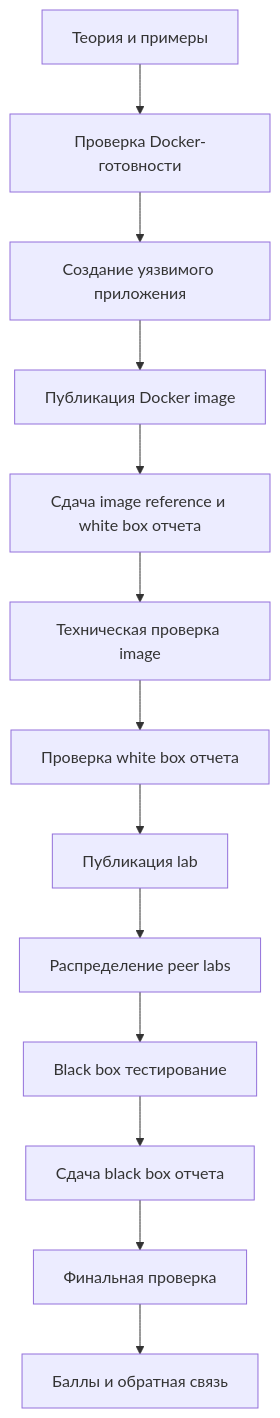
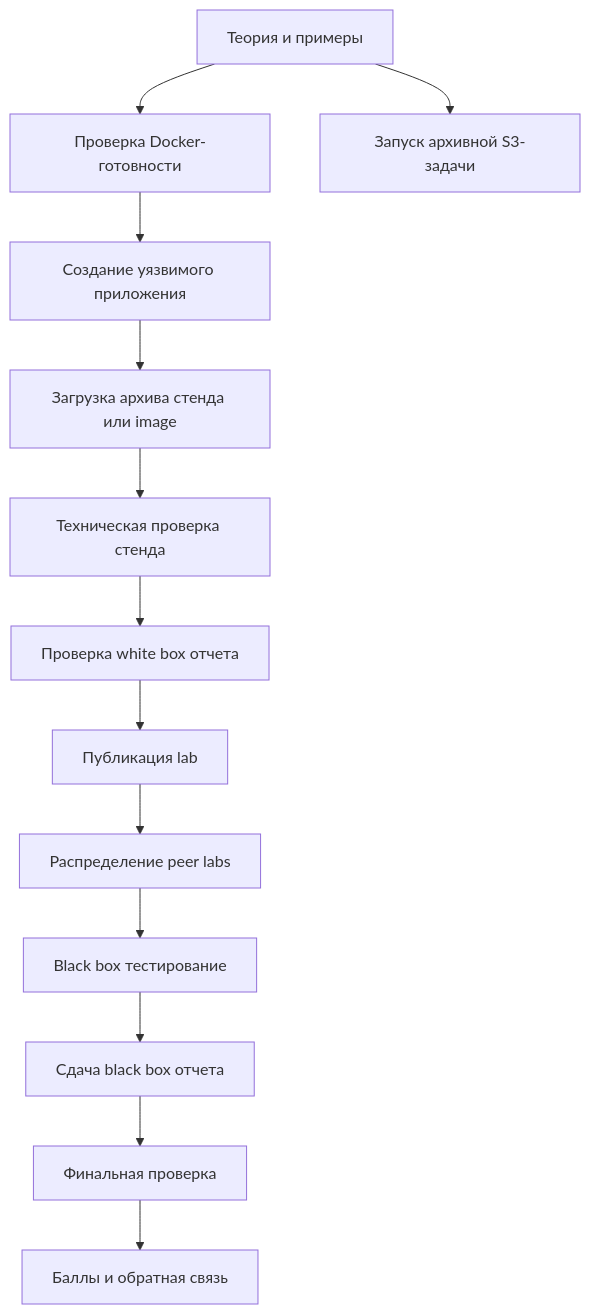
The diagram in docs/learning-cycle.md (nkolomiika/PEP), drawn with Mermaid before and after one commit. The commit also changed other lines of this file and 85 other files, not shown here.

````diff
--- a/docs/learning-cycle.md
+++ b/docs/learning-cycle.md
@@ -7,15 +7,15 @@
 ```mermaid
 flowchart TD
     Theory[Теория и примеры] --> DockerGate[Проверка Docker-готовности]
     DockerGate --> WhiteBoxBuild[Создание уязвимого приложения]
-    WhiteBoxBuild --> PublishImage[Публикация Docker image]
-    PublishImage --> Submit[Сдача image reference и white box отчета]
-    Submit --> TechnicalValidation[Техническая проверка image]
+    WhiteBoxBuild --> Submit[Загрузка архива стенда или image]
+    Submit --> TechnicalValidation[Техническая проверка стенда]
     TechnicalValidation --> CuratorReview[Проверка white box отчета]
     CuratorReview --> Publish[Публикация lab]
     Publish --> Distribution[Распределение peer labs]
     Distribution --> BlackBoxTesting[Black box тестирование]
     BlackBoxTesting --> BlackBoxReport[Сдача black box отчета]
     BlackBoxReport --> FinalReview[Финальная проверка]
     FinalReview --> Results[Баллы и обратная связь]
+    Theory --> ArchiveTask[Запуск архивной S3-задачи]
 ```
````
